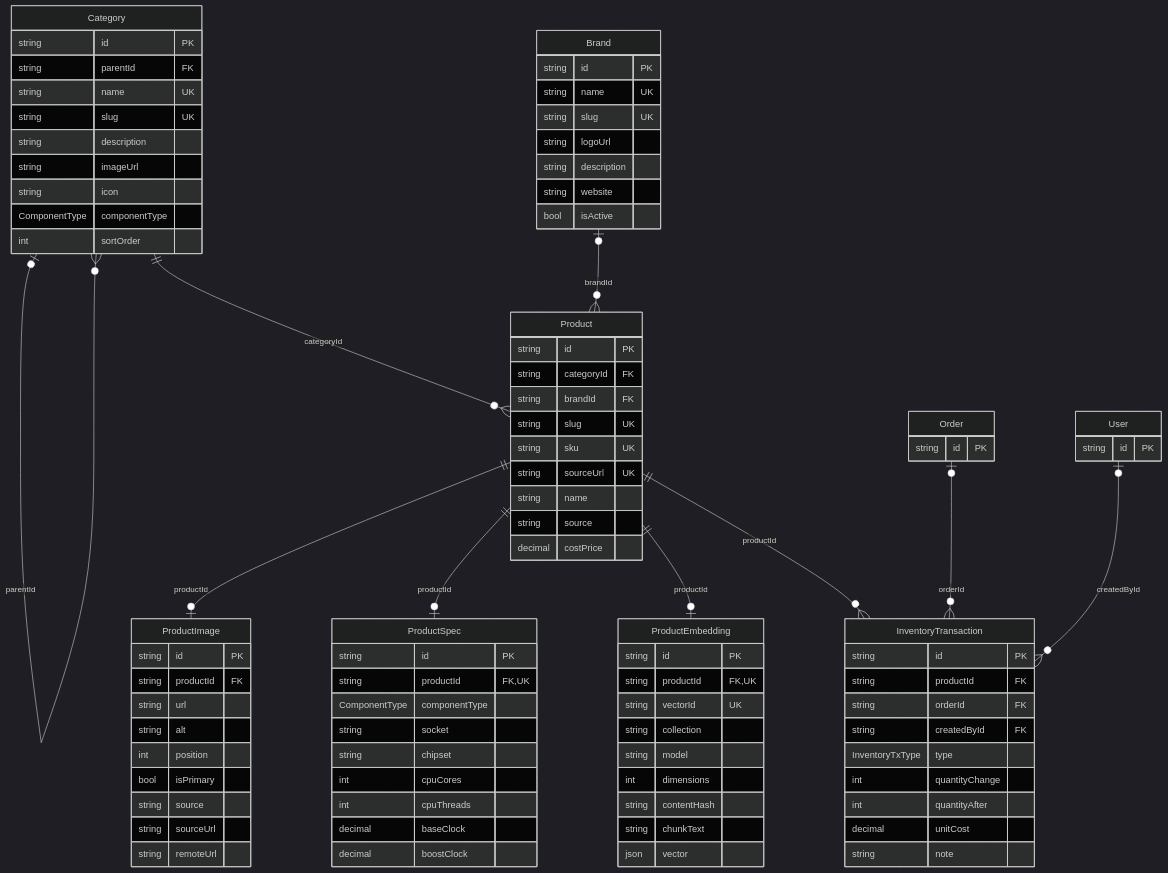
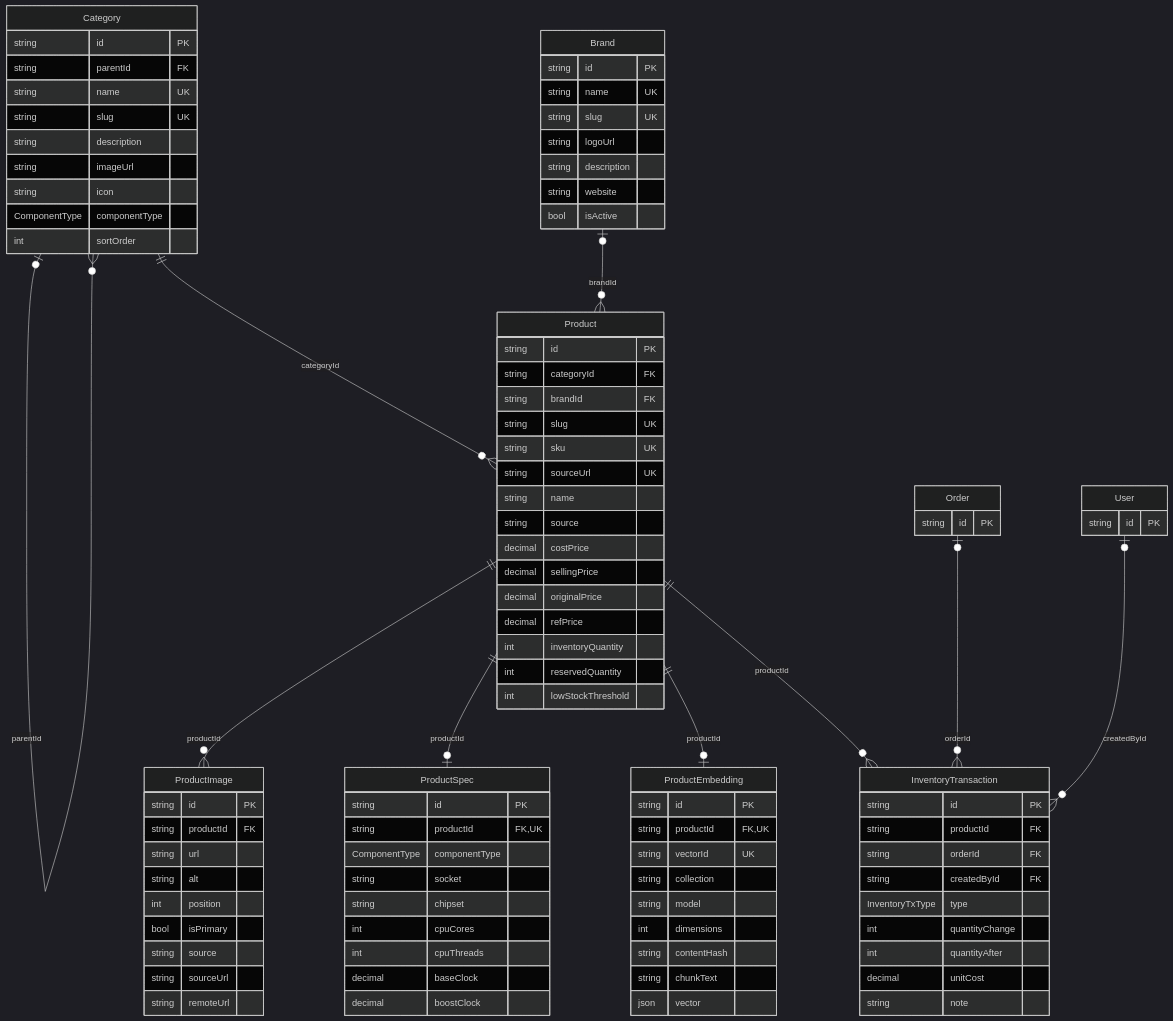
One commit to khanhdat1/Do_An changed the diagram in docs/bao-ve/so-do/erd-san-pham.mmd. Above: the diagram before and after it, drawn with Mermaid (dark theme). The commit also changed 6 other files, not shown here.

First line of the commit message:
docs: vẽ lại ERD, quan hệ Product–ProductImage là 1-n

```diff
--- a/docs/bao-ve/so-do/erd-san-pham.mmd
+++ b/docs/bao-ve/so-do/erd-san-pham.mmd
@@ -1,91 +1,97 @@
 erDiagram
   Category {
     string id PK
     string parentId FK
     string name UK
     string slug UK
     string description
     string imageUrl
     string icon
     ComponentType componentType
     int sortOrder
   }
   Brand {
     string id PK
     string name UK
     string slug UK
     string logoUrl
     string description
     string website
     bool isActive
   }
   Product {
     string id PK
     string categoryId FK
     string brandId FK
     string slug UK
     string sku UK
     string sourceUrl UK
     string name
     string source
     decimal costPrice
+    decimal sellingPrice
+    decimal originalPrice
+    decimal refPrice
+    int inventoryQuantity
+    int reservedQuantity
+    int lowStockThreshold
   }
   ProductImage {
     string id PK
     string productId FK
     string url
     string alt
     int position
     bool isPrimary
     string source
     string sourceUrl
     string remoteUrl
   }
   ProductSpec {
     string id PK
     string productId FK, UK
     ComponentType componentType
     string socket
     string chipset
     int cpuCores
     int cpuThreads
     decimal baseClock
     decimal boostClock
   }
   ProductEmbedding {
     string id PK
     string productId FK, UK
     string vectorId UK
     string collection
     string model
     int dimensions
     string contentHash
     string chunkText
     json vector
   }
   InventoryTransaction {
     string id PK
     string productId FK
     string orderId FK
     string createdById FK
     InventoryTxType type
     int quantityChange
     int quantityAfter
     decimal unitCost
     string note
   }
   Order {
     string id PK
   }
   User {
     string id PK
   }
   Category |o--o{ Category : "parentId"
   Category ||--o{ Product : "categoryId"
   Brand |o--o{ Product : "brandId"
-  Product ||--o| ProductImage : "productId"
+  Product ||--o{ ProductImage : "productId"
   Product ||--o| ProductSpec : "productId"
   Product ||--o| ProductEmbedding : "productId"
   Product ||--o{ InventoryTransaction : "productId"
   Order |o--o{ InventoryTransaction : "orderId"
   User |o--o{ InventoryTransaction : "createdById"
```
